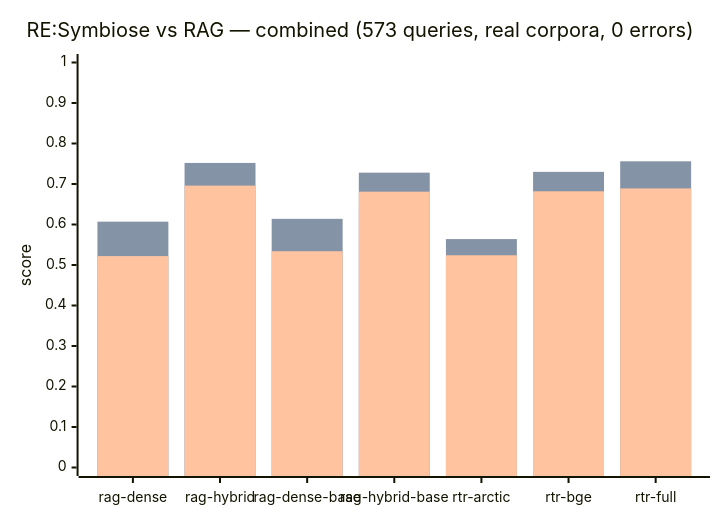
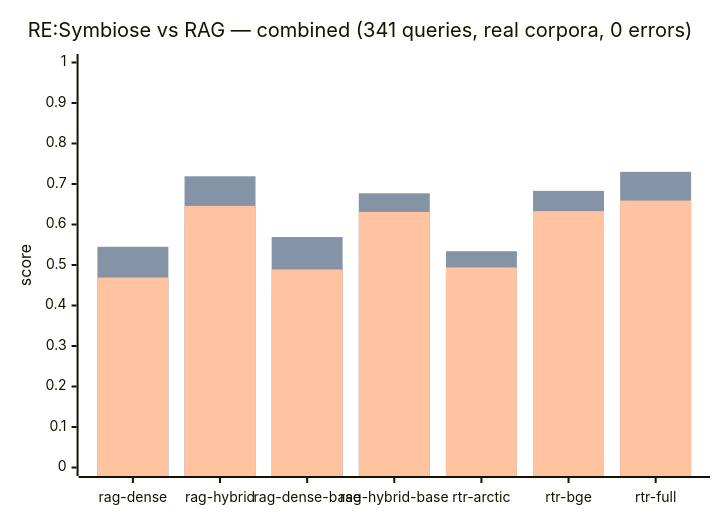
One commit to Nova-Violet-Role/RTR-RE changed the diagram in eval/versus.mmd. Above: the diagram before and after it, drawn with Mermaid. The commit also changed 3 other files, not shown here.

Commit message:
Bench: DTD family corpus (60 staged, 80 structural queries) with sha256 manifest; rtr-full leads R@1=0.575 MRR=0.6354

```diff
--- a/eval/versus.mmd
+++ b/eval/versus.mmd
@@ -1,9 +1,9 @@
 %% SPDX-FileCopyrightText: Nova-Violet Role ORG
 %% SPDX-License-Identifier: EUPL-1.2 OR AGPL-3.0-or-later
 xychart-beta
-    title "RE:Symbiose vs RAG — combined (573 queries, real corpora, 0 errors)"
+    title "RE:Symbiose vs RAG — combined (341 queries, real corpora, 0 errors)"
     x-axis ["rag-dense", "rag-hybrid", "rag-dense-base", "rag-hybrid-base", "rtr-arctic", "rtr-bge", "rtr-full"]
     y-axis "score" 0 --> 1
-    bar "R@1" [0.452, 0.656, 0.469, 0.646, 0.497, 0.647, 0.642]
-    bar "R@3" [0.607, 0.752, 0.614, 0.728, 0.564, 0.730, 0.756]
-    bar "MRR" [0.522, 0.696, 0.534, 0.681, 0.524, 0.682, 0.689]
+    bar "R@1" [0.408, 0.595, 0.434, 0.598, 0.466, 0.598, 0.607]
+    bar "R@3" [0.545, 0.719, 0.569, 0.677, 0.534, 0.683, 0.730]
+    bar "MRR" [0.469, 0.646, 0.489, 0.631, 0.494, 0.633, 0.659]
```
